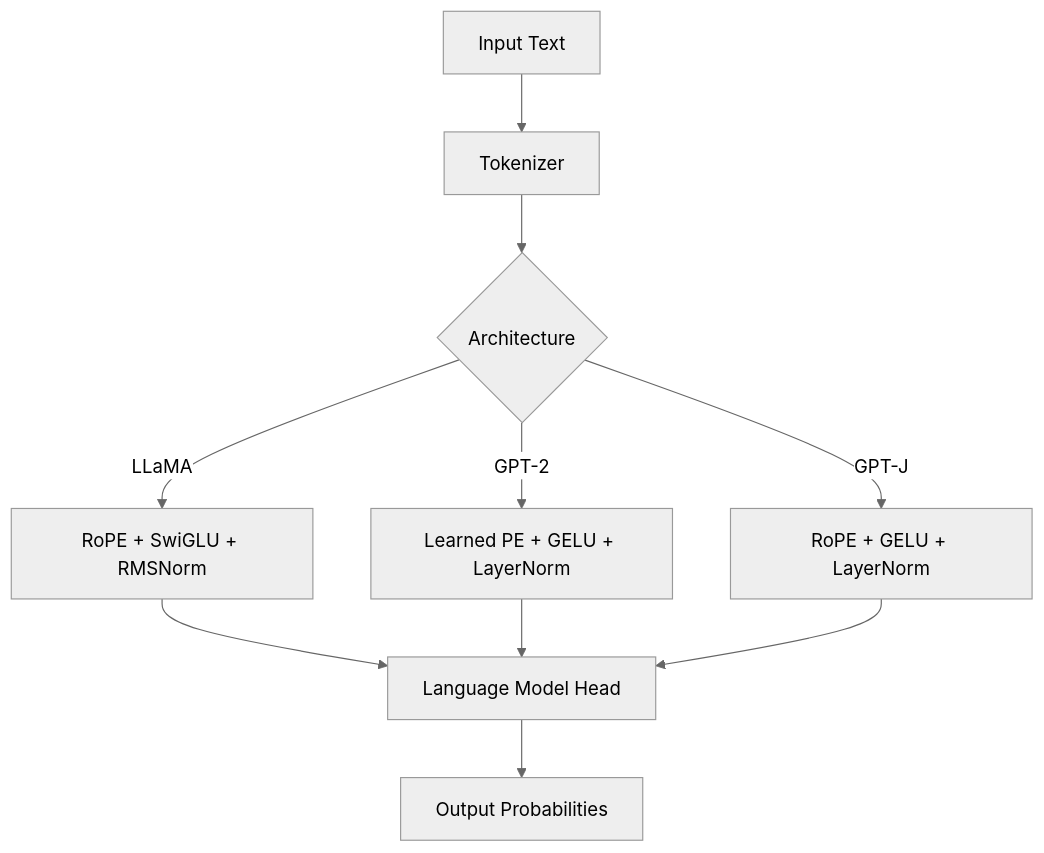
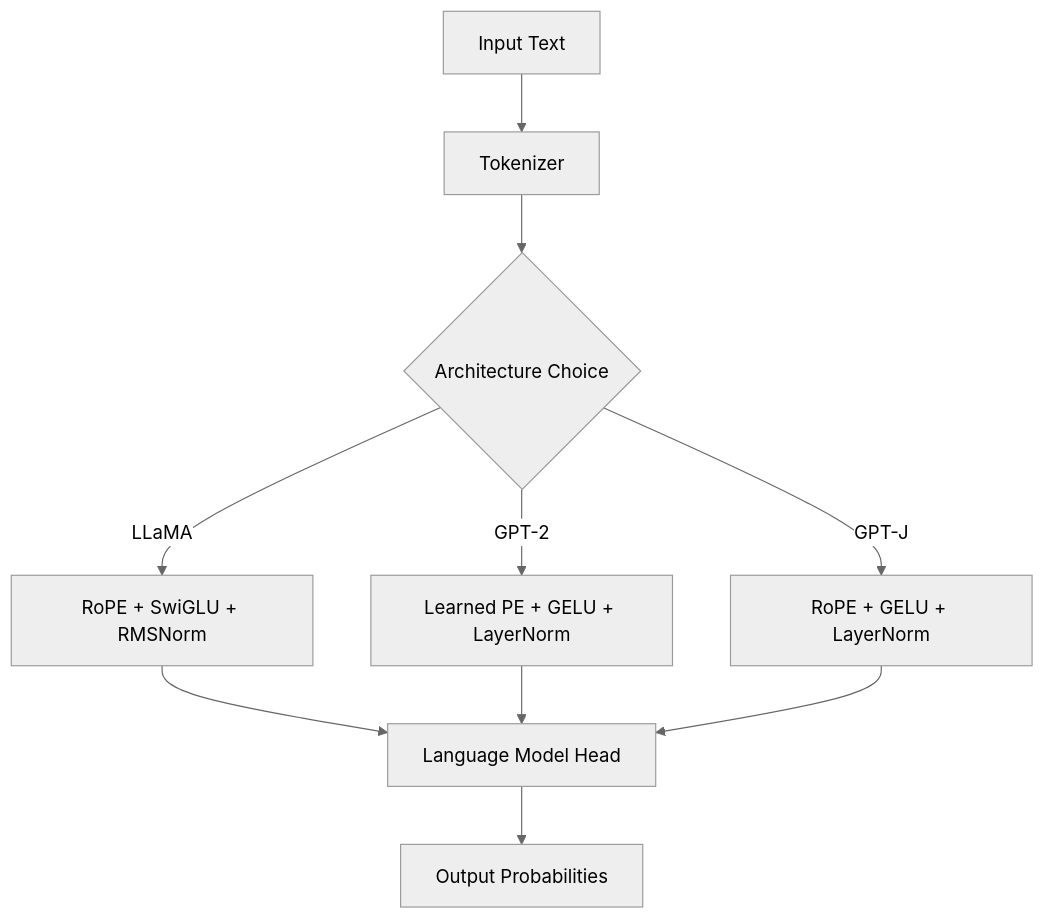
Before and after one commit to pgryko/BabyLlama: the diagram in docs/README.md, drawn with Mermaid (neutral theme). The commit also changed other lines of this file and 11 other files, not shown here.

````diff
--- a/docs/README.md
+++ b/docs/README.md
@@ -50,12 +79,12 @@
 ```mermaid
 graph TD
     A[Input Text] --> B[Tokenizer]
-    B --> C{Architecture}
+    B --> C{Architecture Choice}
     C -->|LLaMA| D[RoPE + SwiGLU + RMSNorm]
     C -->|GPT-2| E[Learned PE + GELU + LayerNorm]
     C -->|GPT-J| F[RoPE + GELU + LayerNorm]
     D --> G[Language Model Head]
     E --> G
     F --> G
     G --> H[Output Probabilities]
 ```
````
